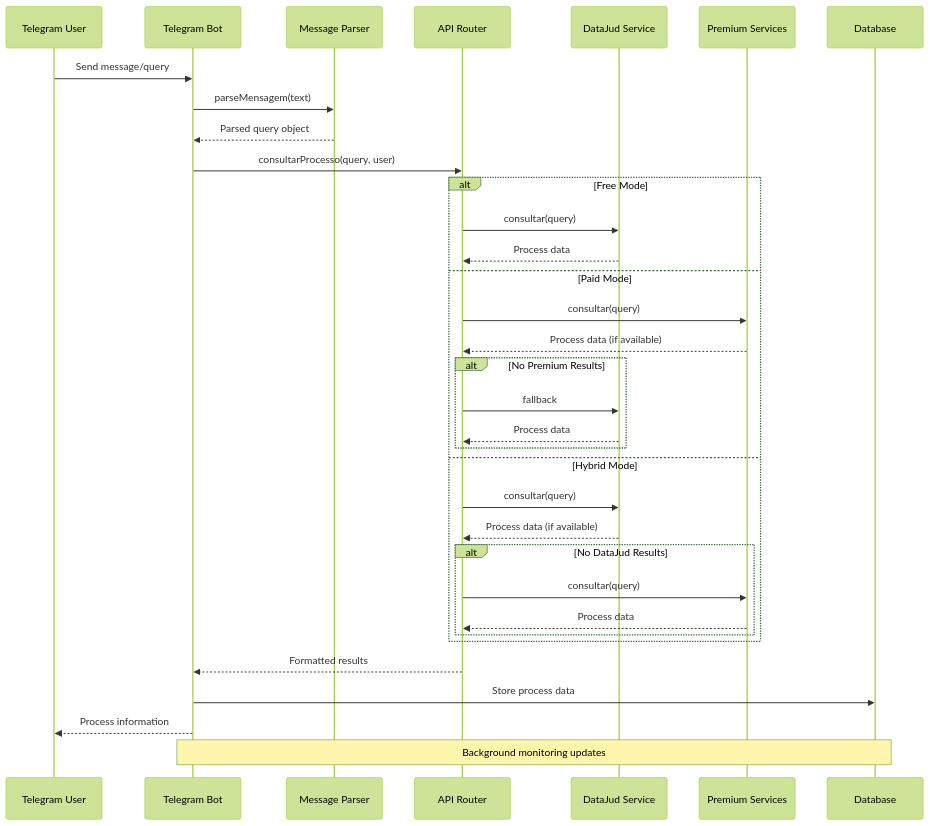
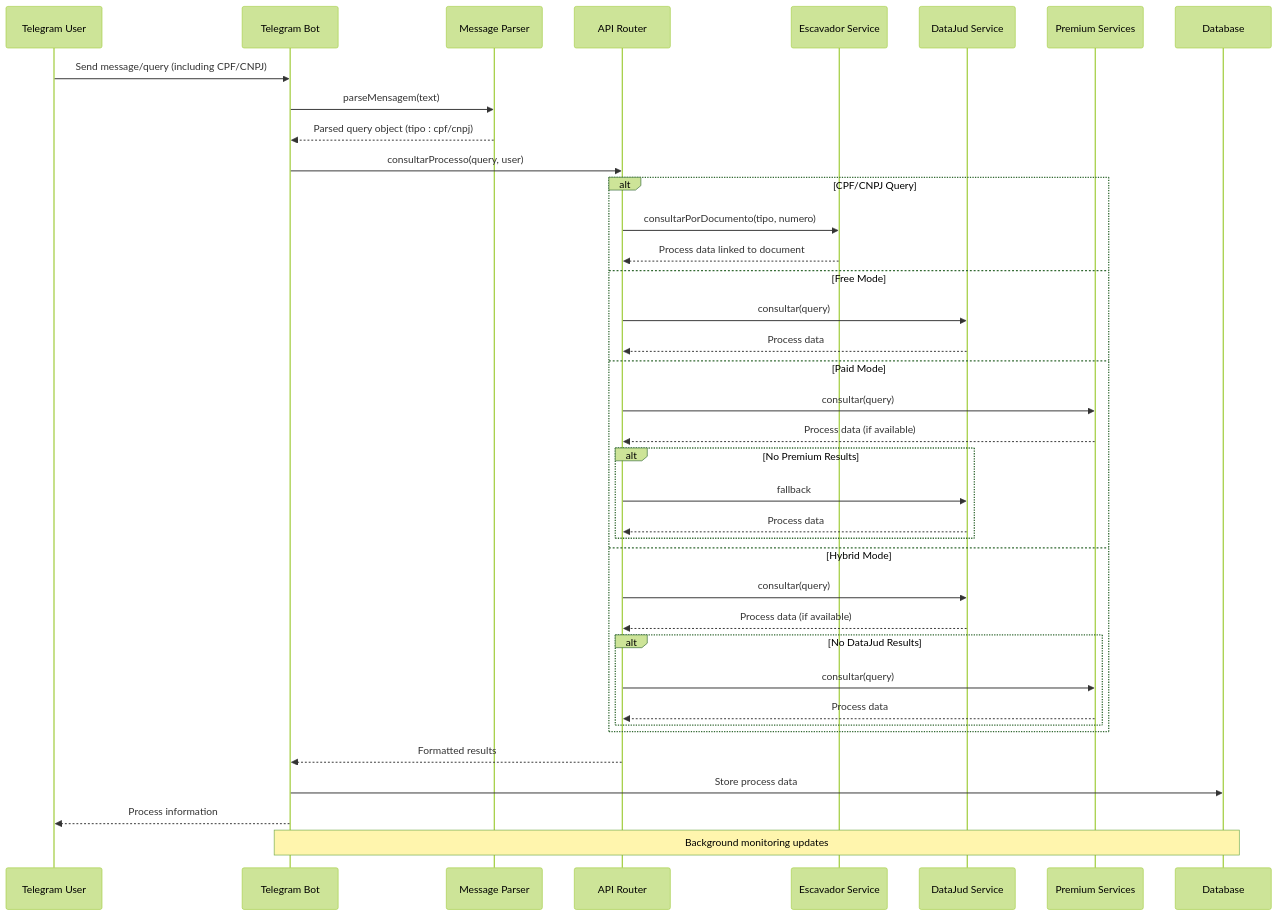
Before and after one commit to Alexandrexicara/bot-processos: the second of 6 diagrams in .qoder/repowiki/en/content/Telegram Bot Integration/Parser System.md, drawn with Mermaid (forest theme). The commit also changed other lines of this file and 3 other files, not shown here.

````diff
--- a/.qoder/repowiki/en/content/Telegram Bot Integration/Parser System.md
+++ b/.qoder/repowiki/en/content/Telegram Bot Integration/Parser System.md
@@ -136,36 +153,40 @@
 ```mermaid
 sequenceDiagram
 participant User as Telegram User
 participant Bot as Telegram Bot
 participant Parser as Message Parser
 participant Router as API Router
+participant Escavador as Escavador Service
 participant DataJud as DataJud Service
 participant Premium as Premium Services
 participant DB as Database
-User->>Bot : Send message/query
+User->>Bot : Send message/query (including CPF/CNPJ)
 Bot->>Parser : parseMensagem(text)
-Parser-->>Bot : Parsed query object
+Parser-->>Bot : Parsed query object (tipo : cpf/cnpj)
 Bot->>Router : consultarProcesso(query, user)
-alt Free Mode
+alt CPF/CNPJ Query
+Router->>Escavador : consultarPorDocumento(tipo, numero)
+Escavador-->>Router : Process data linked to document
+else Free Mode
 Router->>DataJud : consultar(query)
 DataJud-->>Router : Process data
 else Paid Mode
 Router->>Premium : consultar(query)
 Premium-->>Router : Process data (if available)
 alt No Premium Results
 Router->>DataJud : fallback
 DataJud-->>Router : Process data
 end
 else Hybrid Mode
 Router->>DataJud : consultar(query)
 DataJud-->>Router : Process data (if available)
 alt No DataJud Results
 Router->>Premium : consultar(query)
 Premium-->>Router : Process data
 end
 end
 Router-->>Bot : Formatted results
 Bot->>DB : Store process data
 Bot-->>User : Process information
 Note over Bot,DB : Background monitoring updates
 ```
````
